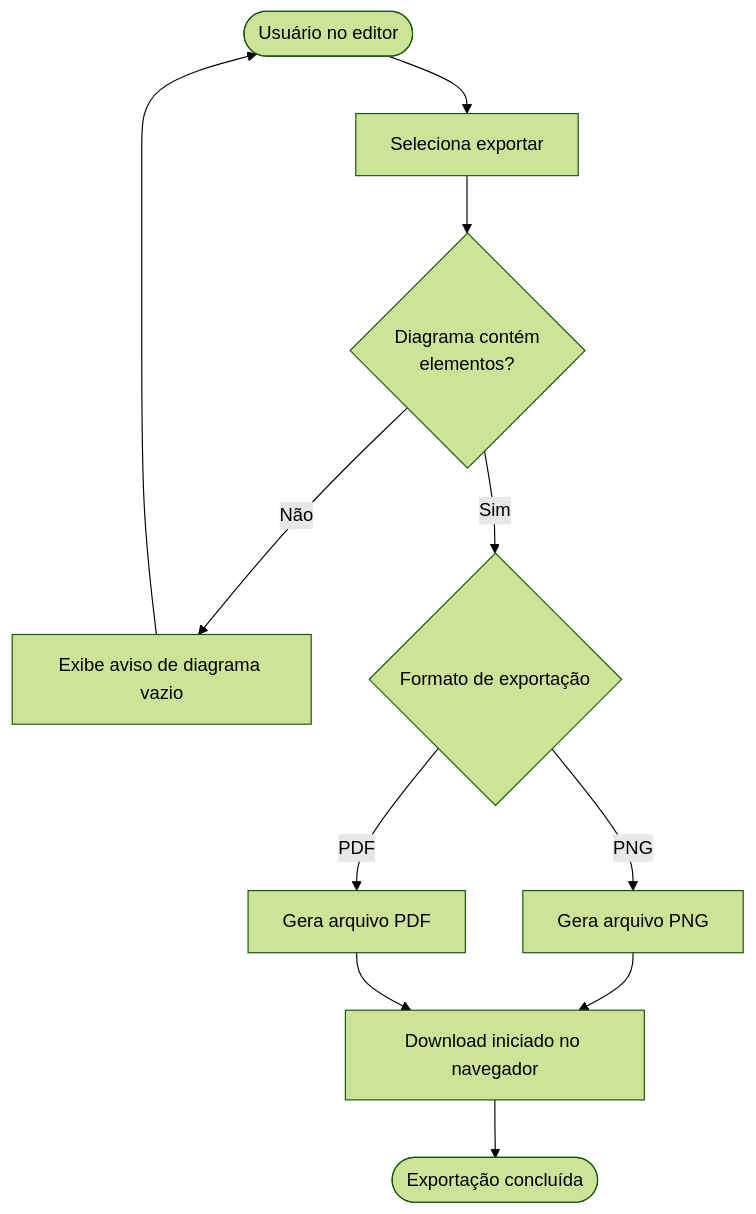
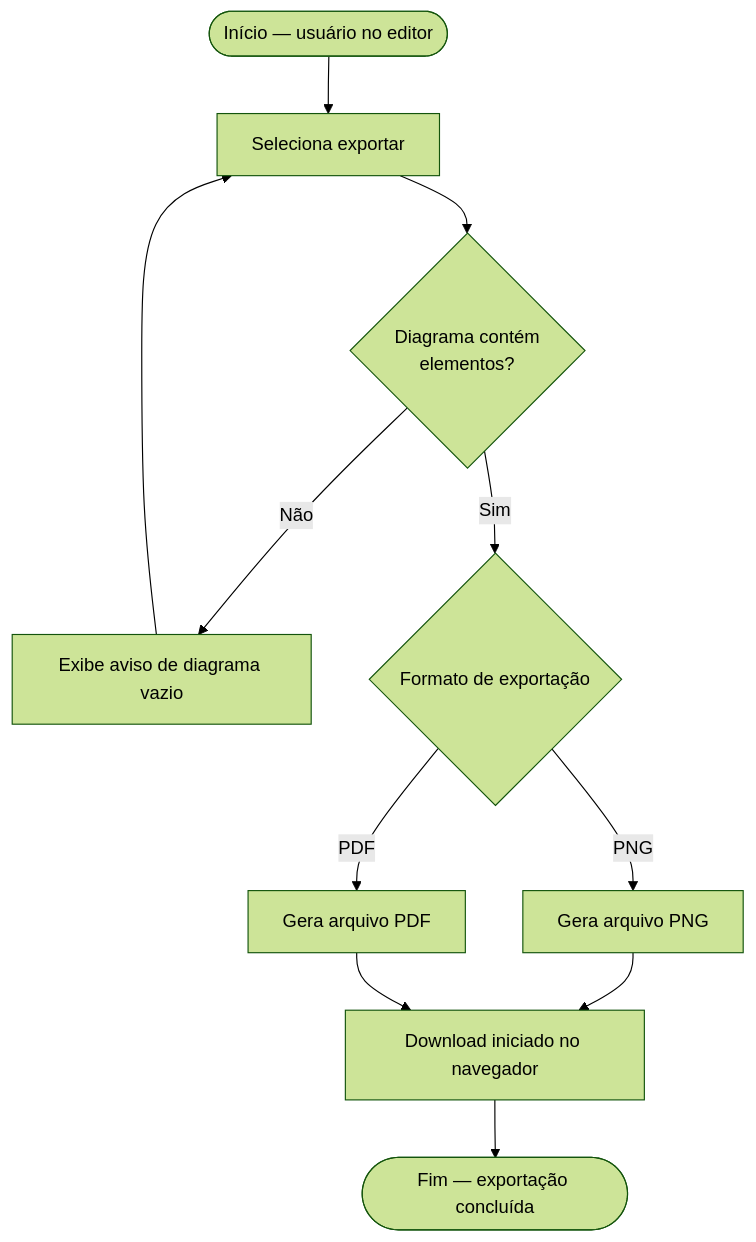
One commit to JGTamanini/C4Diagrams changed the fifth of 10 diagrams in RFC/capitulo-3/3.1-fluxos-e-comportamento.md. Above: the diagram before and after it, drawn with Mermaid (forest theme). The commit also changed other lines of this file and 4 other files, not shown here.

````diff
--- a/RFC/capitulo-3/3.1-fluxos-e-comportamento.md
+++ b/RFC/capitulo-3/3.1-fluxos-e-comportamento.md
@@ -116,13 +120,13 @@
 ```mermaid
 flowchart TD
-    A([Usuário no editor]) --> B[Seleciona exportar]
+    A([Início — usuário no editor]) --> B[Seleciona exportar]
     B --> C{Diagrama contém\nelementos?}
     C -->|Não| D[Exibe aviso de diagrama vazio]
-    D --> A
+    D --> B
     C -->|Sim| E{Formato de exportação}
     E -->|PNG| F[Gera arquivo PNG]
     E -->|PDF| G[Gera arquivo PDF]
     F --> H[Download iniciado no navegador]
     G --> H
-    H --> I([Exportação concluída])
+    H --> I([Fim — exportação concluída])
 ```
````
